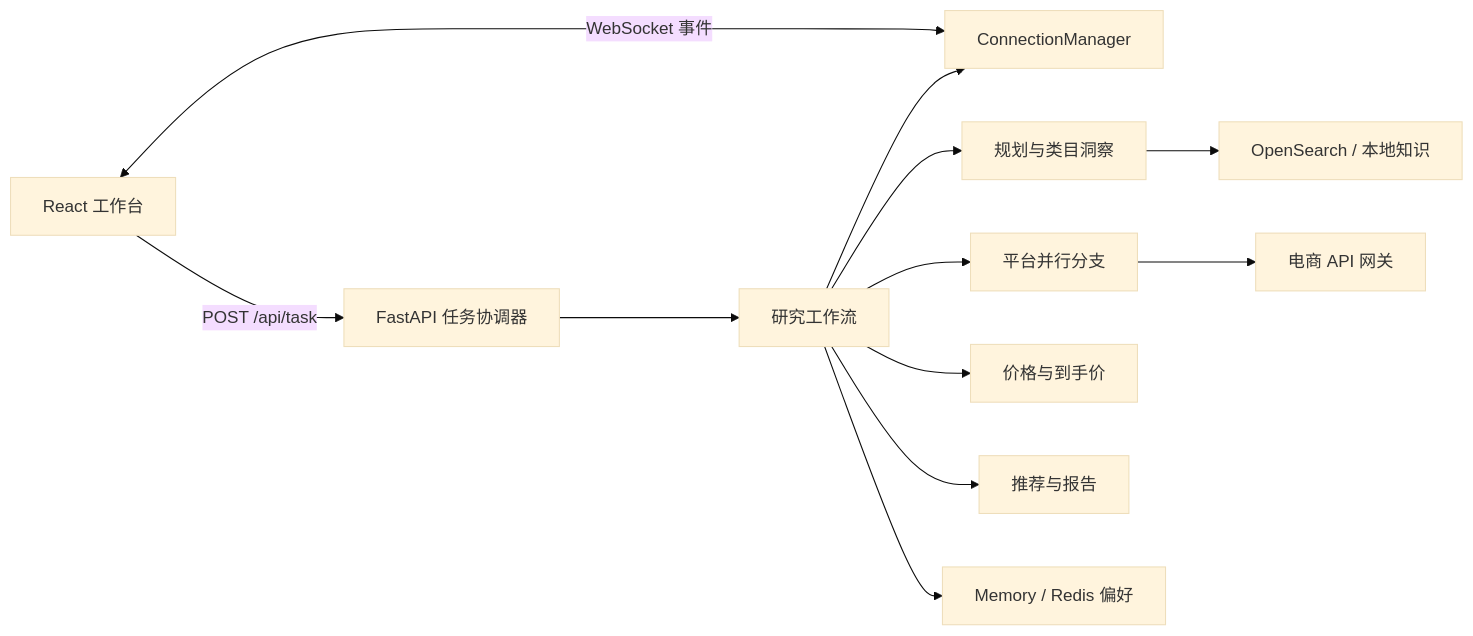
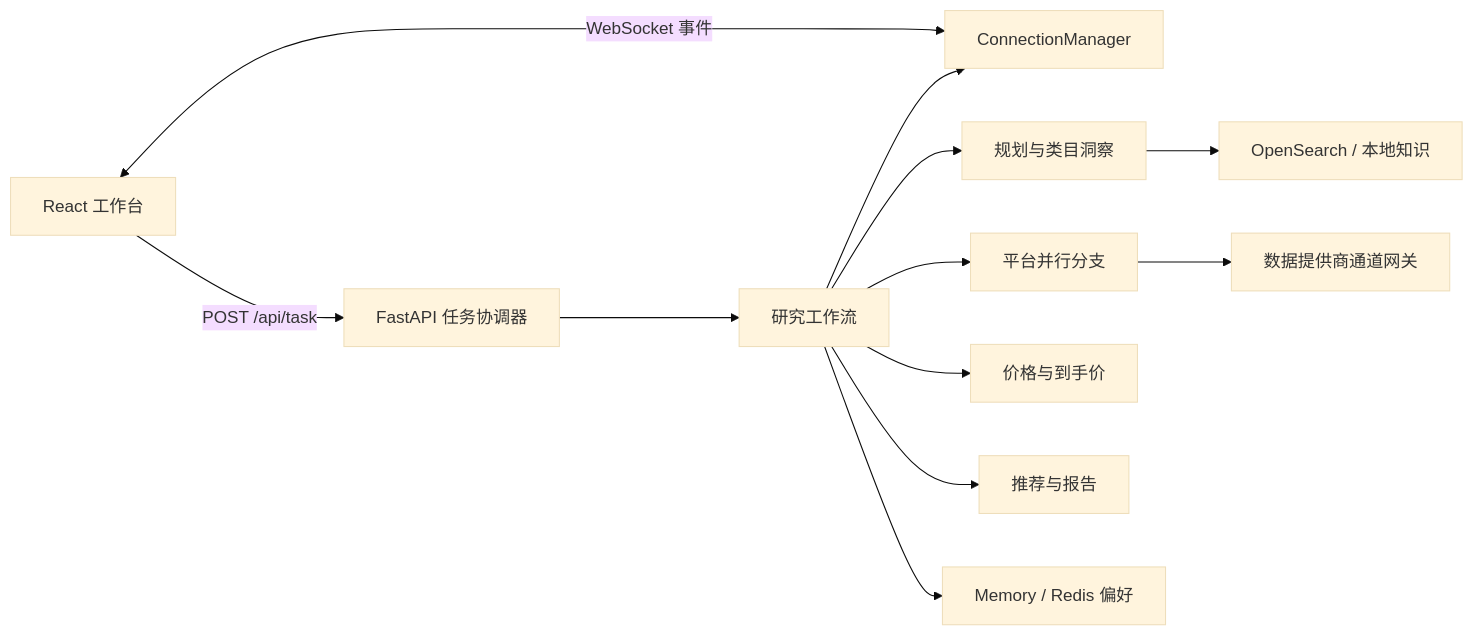
Before and after one commit to cui282/shopping-agent: the diagram in README.md, drawn with Mermaid (base theme). The commit also changed other lines of this file and 24 other files, not shown here.

````diff
--- a/README.md
+++ b/README.md
@@ -26,14 +26,14 @@
 ```mermaid
 flowchart LR
     UI["React 工作台"] -->|"POST /api/task"| API["FastAPI 任务协调器"]
     UI <-->|"WebSocket 事件"| WS["ConnectionManager"]
     API --> LOOP["研究工作流"]
     LOOP --> PLAN["规划与类目洞察"]
     LOOP --> BRANCH["平台并行分支"]
-    BRANCH --> GATEWAYS["电商 API 网关"]
+    BRANCH --> GATEWAYS["数据提供商通道网关"]
     LOOP --> COST["价格与到手价"]
     LOOP --> REPORT["推荐与报告"]
     LOOP --> STORE["Memory / Redis 偏好"]
     PLAN --> SEARCH["OpenSearch / 本地知识"]
     LOOP --> WS
 ```
````
